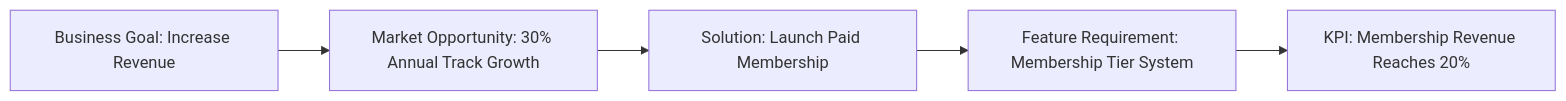
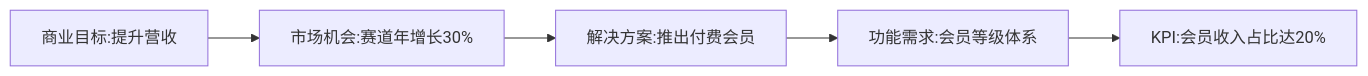
The ninth of 9 diagrams in templates/Product/Strategy/Template-BRD.md (Kirky-X/cangjie), drawn with Mermaid before and after one commit. The commit also changed other lines of this file and 33 other files, not shown here.

````diff
--- a/templates/Product/Strategy/Template-BRD.md
+++ b/templates/Product/Strategy/Template-BRD.md
@@ -481,7 +481,7 @@
 ```mermaid
 flowchart LR
-    B1[Business Goal: Increase Revenue] --> M1[Market Opportunity: 30% Annual Track Growth]
-    M1 --> S1[Solution: Launch Paid Membership]
-    S1 --> F1[Feature Requirement: Membership Tier System]
-    F1 --> K1[KPI: Membership Revenue Reaches 20%]
+    B1[商业目标:提升营收] --> M1[市场机会:赛道年增长30%]
+    M1 --> S1[解决方案:推出付费会员]
+    S1 --> F1[功能需求:会员等级体系]
+    F1 --> K1[KPI:会员收入占比达20%]
 ```
````
